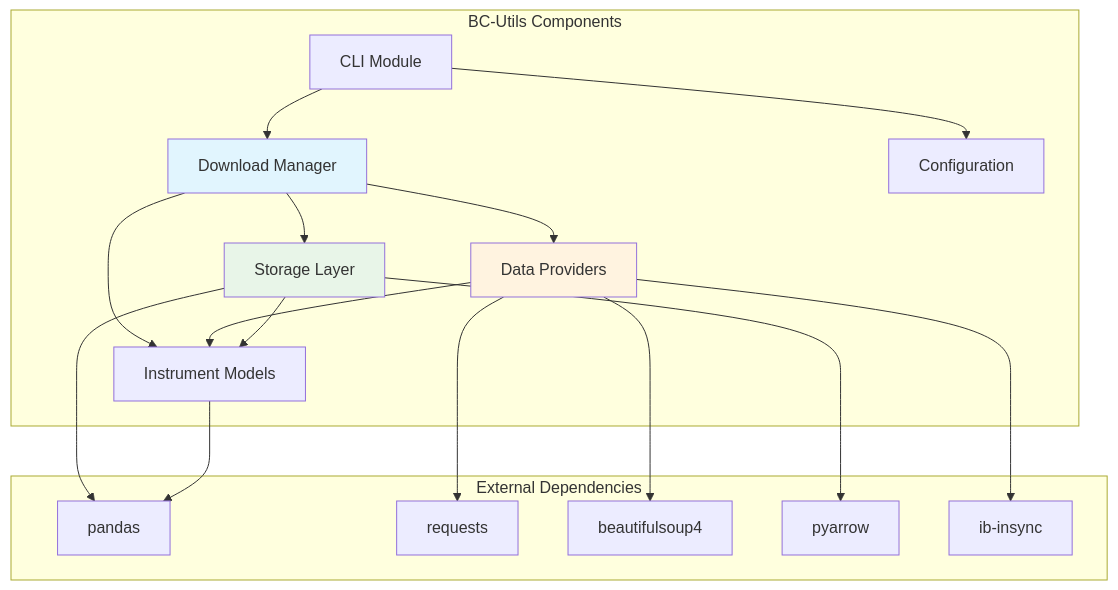
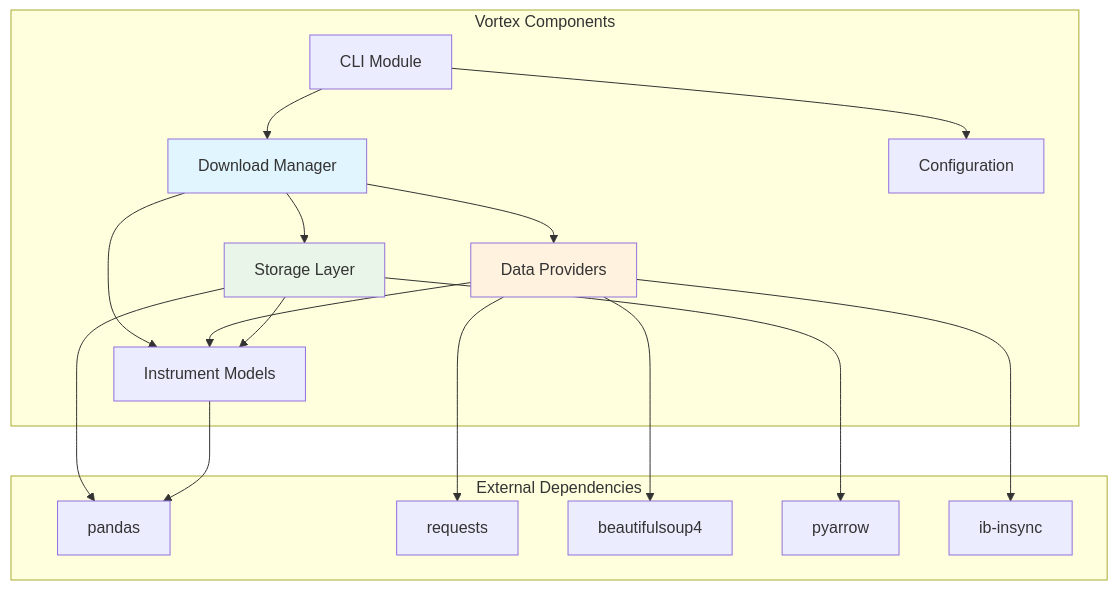
The eighth of 8 diagrams in docs/design/hld/02-component-architecture.md (makutaku/vortex), drawn with Mermaid before and after one commit. The commit also changed 15 other files, not shown here.

First line of the commit message:
Complete documentation rebrand from BC-Utils to Vortex

````diff
--- a/docs/design/hld/02-component-architecture.md
+++ b/docs/design/hld/02-component-architecture.md
@@ -446,38 +446,38 @@
 ```mermaid
 graph TB
     subgraph "External Dependencies"
         Pandas[pandas]
         Requests[requests]
         BS4[beautifulsoup4]
         PyArrow[pyarrow]
         IBAPI[ib-insync]
     end
     
-    subgraph "BC-Utils Components"
+    subgraph "Vortex Components"
         CLI[CLI Module]
         DM[Download Manager]
         Providers[Data Providers]
         Storage[Storage Layer]
         Instruments[Instrument Models]
         Config[Configuration]
     end
     
     CLI --> Config
     CLI --> DM
     DM --> Providers
     DM --> Storage
     DM --> Instruments
     Providers --> Instruments
     Storage --> Instruments
     
     Providers --> Requests
     Providers --> BS4
     Providers --> IBAPI
     Storage --> Pandas
     Storage --> PyArrow
     Instruments --> Pandas
     
     style DM fill:#e1f5fe
     style Providers fill:#fff3e0
     style Storage fill:#e8f5e8
 ```
````
